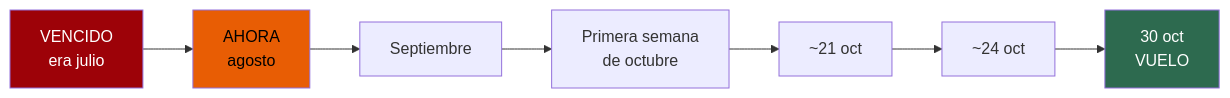
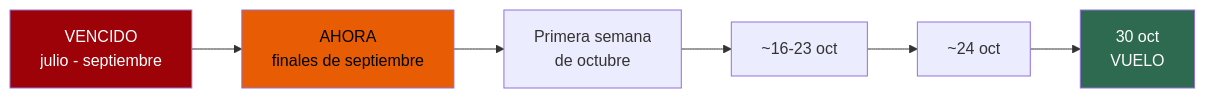
The second of 5 diagrams in 04-guia-preparacion.md (morandeirachema/namibia), drawn with Mermaid before and after one commit. The commit also changed other lines of this file and 17 other files, not shown here.

````diff
--- a/04-guia-preparacion.md
+++ b/04-guia-preparacion.md
@@ -74,10 +75,10 @@
 ```mermaid
 flowchart LR
 %% ancho
-    J["VENCIDO<br/>era julio"] --> A["AHORA<br/>agosto"] --> S["Septiembre"]
-    S --> O1["Primera semana<br/>de octubre"] --> O2["~21 oct"] --> O3["~24 oct"]
+    J["VENCIDO<br/>julio - septiembre"] --> A["AHORA<br/>finales de septiembre"]
+    A --> O1["Primera semana<br/>de octubre"] --> O2["~16-23 oct"] --> O3["~24 oct"]
     O3 --> F["30 oct<br/>VUELO"]
     style J fill:#9d0208,color:#fff
     style A fill:#e85d04,color:#000
     style F fill:#2d6a4f,color:#fff
 ```
````
